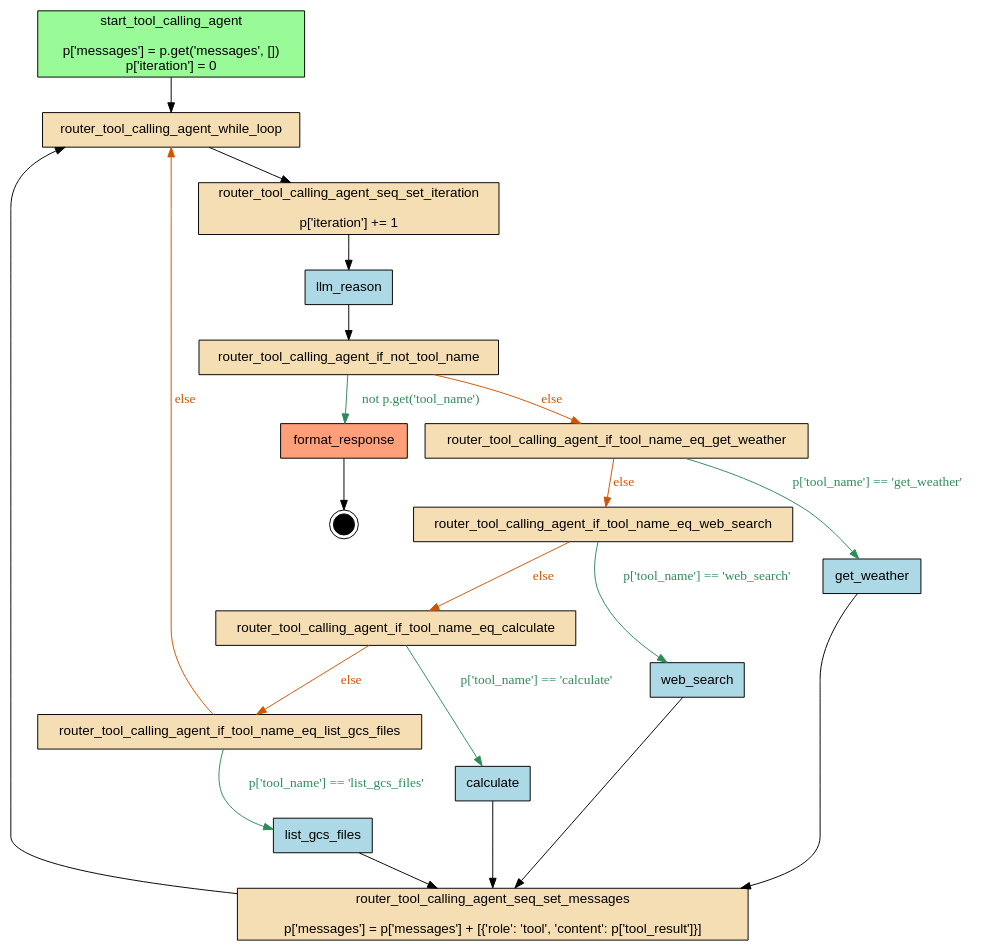
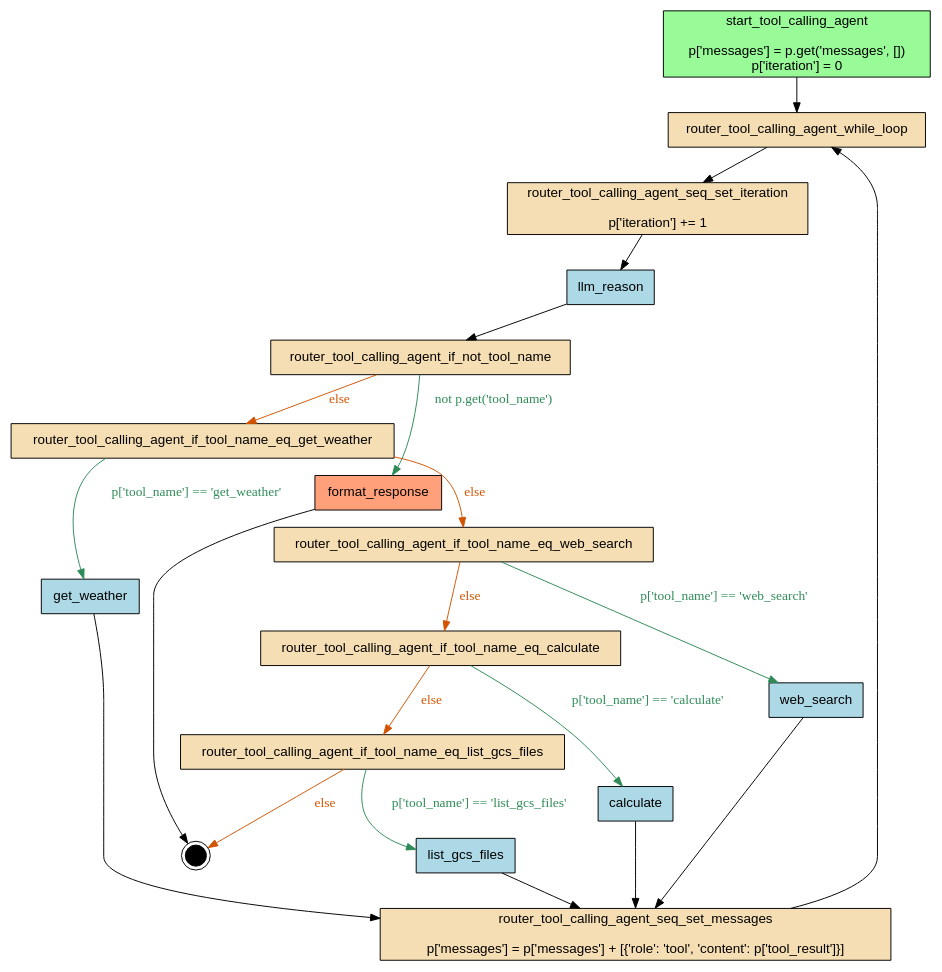
One commit to deliveryhero/asya changed the diagram in examples/flows/agentic/compiled/tool_calling_agent/flow.dot. Above: the diagram before and after it, drawn with Graphviz. The commit also changed 918 other files, not shown here.

Commit message:
chore: recompile example flows with __end__ node and volume mounts

```diff
--- a/examples/flows/agentic/compiled/tool_calling_agent/flow.dot
+++ b/examples/flows/agentic/compiled/tool_calling_agent/flow.dot
@@ -1,45 +1,44 @@
 digraph "tool_calling_agent" {
     rankdir=TB;
     node [shape=box, style=filled, fontname="Helvetica"];
 
     { rank=source; start_tool_calling_agent; }
 
+    __end__ [label="", shape=doublecircle, fillcolor=black, width=0.3, fixedsize=true];
     calculate [label="calculate", fillcolor=lightblue];
     format_response [label="format_response", fillcolor=lightsalmon];
     get_weather [label="get_weather", fillcolor=lightblue];
     list_gcs_files [label="list_gcs_files", fillcolor=lightblue];
     llm_reason [label="llm_reason", fillcolor=lightblue];
     router_tool_calling_agent_if_not_tool_name [label="router_tool_calling_agent_if_not_tool_name", fillcolor=wheat];
     router_tool_calling_agent_if_tool_name_eq_calculate [label="router_tool_calling_agent_if_tool_name_eq_calculate", fillcolor=wheat];
     router_tool_calling_agent_if_tool_name_eq_get_weather [label="router_tool_calling_agent_if_tool_name_eq_get_weather", fillcolor=wheat];
     router_tool_calling_agent_if_tool_name_eq_list_gcs_files [label="router_tool_calling_agent_if_tool_name_eq_list_gcs_files", fillcolor=wheat];
     router_tool_calling_agent_if_tool_name_eq_web_search [label="router_tool_calling_agent_if_tool_name_eq_web_search", fillcolor=wheat];
     router_tool_calling_agent_seq_set_iteration [label="router_tool_calling_agent_seq_set_iteration\n\np['iteration'] += 1", fillcolor=wheat];
     router_tool_calling_agent_seq_set_messages [label="router_tool_calling_agent_seq_set_messages\n\np['messages'] = p['messages'] + [{'role': 'tool', 'content': p['tool_result']}]", fillcolor=wheat];
     router_tool_calling_agent_while_loop [label="router_tool_calling_agent_while_loop", fillcolor=wheat];
     start_tool_calling_agent [label="start_tool_calling_agent\n\np['messages'] = p.get('messages', [])\np['iteration'] = 0", fillcolor=palegreen];
     web_search [label="web_search", fillcolor=lightblue];
-
-    __end__ [label="", shape=doublecircle, fillcolor=black, width=0.3, fixedsize=true];
 
     start_tool_calling_agent -> router_tool_calling_agent_while_loop;
     router_tool_calling_agent_if_tool_name_eq_list_gcs_files -> list_gcs_files [label="p['tool_name'] == 'list_gcs_files'", color="#2E8B57", fontcolor="#2E8B57"];
     router_tool_calling_agent_if_tool_name_eq_calculate -> calculate [label="p['tool_name'] == 'calculate'", color="#2E8B57", fontcolor="#2E8B57"];
     router_tool_calling_agent_if_tool_name_eq_calculate -> router_tool_calling_agent_if_tool_name_eq_list_gcs_files [label="else", color="#D35400", fontcolor="#D35400"];
     router_tool_calling_agent_if_tool_name_eq_web_search -> web_search [label="p['tool_name'] == 'web_search'", color="#2E8B57", fontcolor="#2E8B57"];
     router_tool_calling_agent_if_tool_name_eq_web_search -> router_tool_calling_agent_if_tool_name_eq_calculate [label="else", color="#D35400", fontcolor="#D35400"];
     router_tool_calling_agent_if_tool_name_eq_get_weather -> get_weather [label="p['tool_name'] == 'get_weather'", color="#2E8B57", fontcolor="#2E8B57"];
     get_weather -> router_tool_calling_agent_seq_set_messages;
     router_tool_calling_agent_if_tool_name_eq_get_weather -> router_tool_calling_agent_if_tool_name_eq_web_search [label="else", color="#D35400", fontcolor="#D35400"];
     router_tool_calling_agent_if_not_tool_name -> router_tool_calling_agent_if_tool_name_eq_get_weather [label="else", color="#D35400", fontcolor="#D35400"];
     router_tool_calling_agent_if_not_tool_name -> format_response [label="not p.get('tool_name')", color="#2E8B57", fontcolor="#2E8B57"];
     router_tool_calling_agent_seq_set_iteration -> llm_reason;
     llm_reason -> router_tool_calling_agent_if_not_tool_name;
     router_tool_calling_agent_while_loop -> router_tool_calling_agent_seq_set_iteration;
     web_search -> router_tool_calling_agent_seq_set_messages;
     calculate -> router_tool_calling_agent_seq_set_messages;
     list_gcs_files -> router_tool_calling_agent_seq_set_messages;
     router_tool_calling_agent_seq_set_messages -> router_tool_calling_agent_while_loop;
-    router_tool_calling_agent_if_tool_name_eq_list_gcs_files -> router_tool_calling_agent_while_loop [label="else", color="#D35400", fontcolor="#D35400"];
+    router_tool_calling_agent_if_tool_name_eq_list_gcs_files -> __end__ [label="else", color="#D35400", fontcolor="#D35400"];
     format_response -> __end__;
 }
```
